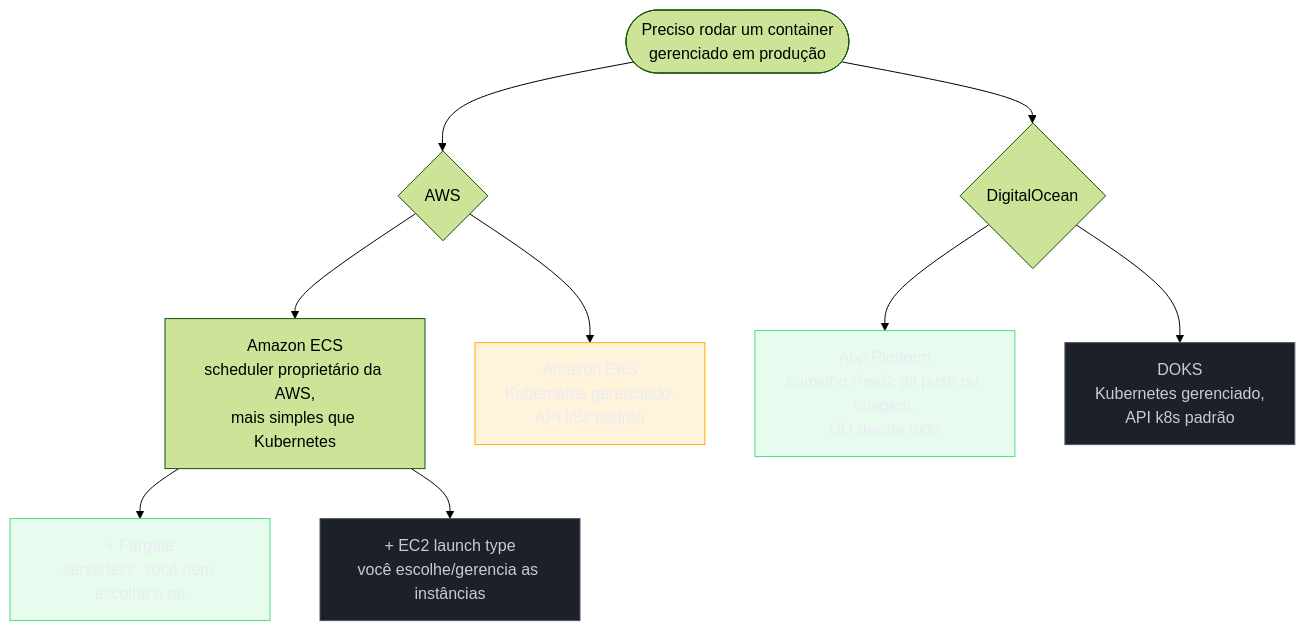
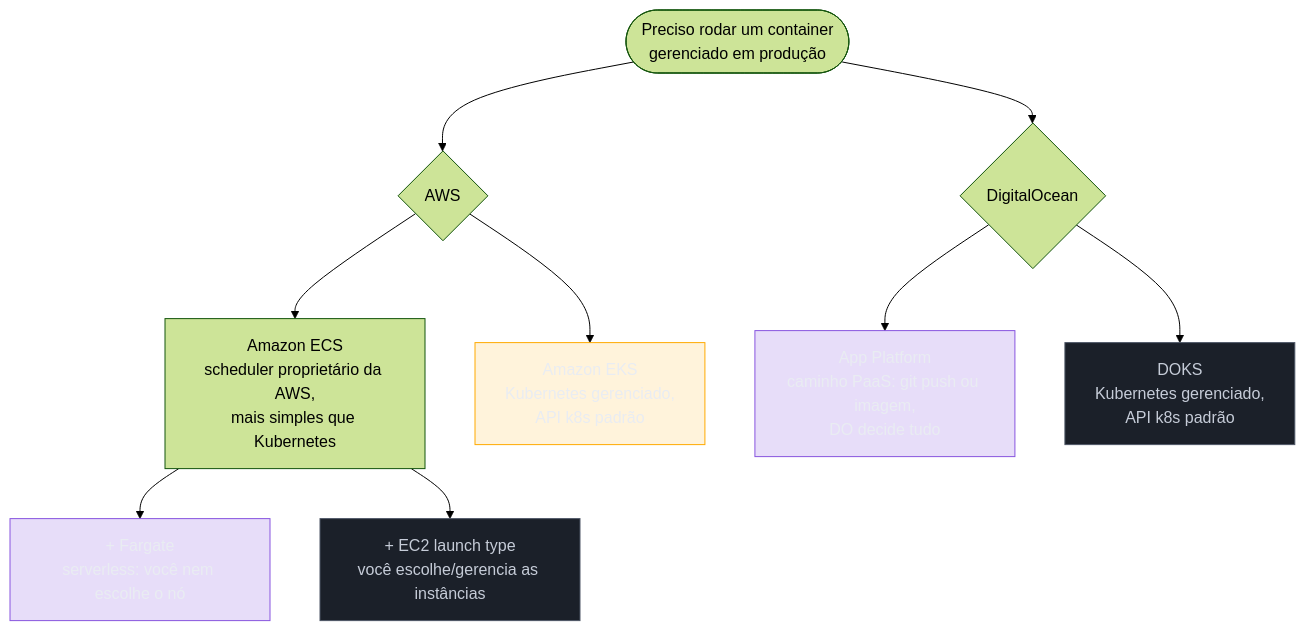
Before and after one commit to josenaldo/codex-technomanticus: the third of 3 diagrams in 03-Dominios/Tecnologia/Cloud/12 - Containers gerenciados/01 - O que é um container gerenciado.md, drawn with Mermaid (forest theme). The commit also changed other lines of this file and 601 other files, not shown here.

````diff
--- a/03-Dominios/Tecnologia/Cloud/12 - Containers gerenciados/01 - O que é um container gerenciado.md
+++ b/03-Dominios/Tecnologia/Cloud/12 - Containers gerenciados/01 - O que é um container gerenciado.md
@@ -141,25 +140,25 @@
 ```mermaid
 flowchart TD
-    classDef ok fill:#4ADE8021,stroke:#4ADE80,color:#E9ECF2
+    classDef marca fill:#8855DF33,stroke:#8855DF,color:#E9ECF2
     classDef neutro fill:#1B2029,stroke:#4E5666,color:#C6CCD8
     classDef destaque fill:#FFAA0024,stroke:#FFAA00,color:#E9ECF2
     Start(["Preciso rodar um container<br/>gerenciado em produção"])
 
     Start --> AWS_Q{"AWS"}
     Start --> DO_Q{"DigitalOcean"}
 
     AWS_Q --> ECS["Amazon ECS<br/>scheduler proprietário da AWS,<br/>mais simples que Kubernetes"]
     AWS_Q --> EKS["Amazon EKS<br/>Kubernetes gerenciado,<br/>API k8s padrão"]
 
     ECS --> Fargate["+ Fargate<br/>serverless: você nem escolhe o nó"]
     ECS --> EC2LT["+ EC2 launch type<br/>você escolhe/gerencia as instâncias"]
 
     DO_Q --> AppPlat["App Platform<br/>caminho PaaS: git push ou imagem,<br/>DO decide tudo"]
     DO_Q --> DOKS["DOKS<br/>Kubernetes gerenciado,<br/>API k8s padrão"]
 
-    class Fargate ok
+    class Fargate marca
     class EC2LT neutro
-    class AppPlat ok
+    class AppPlat marca
     class DOKS neutro
     class EKS destaque
 ```
````
